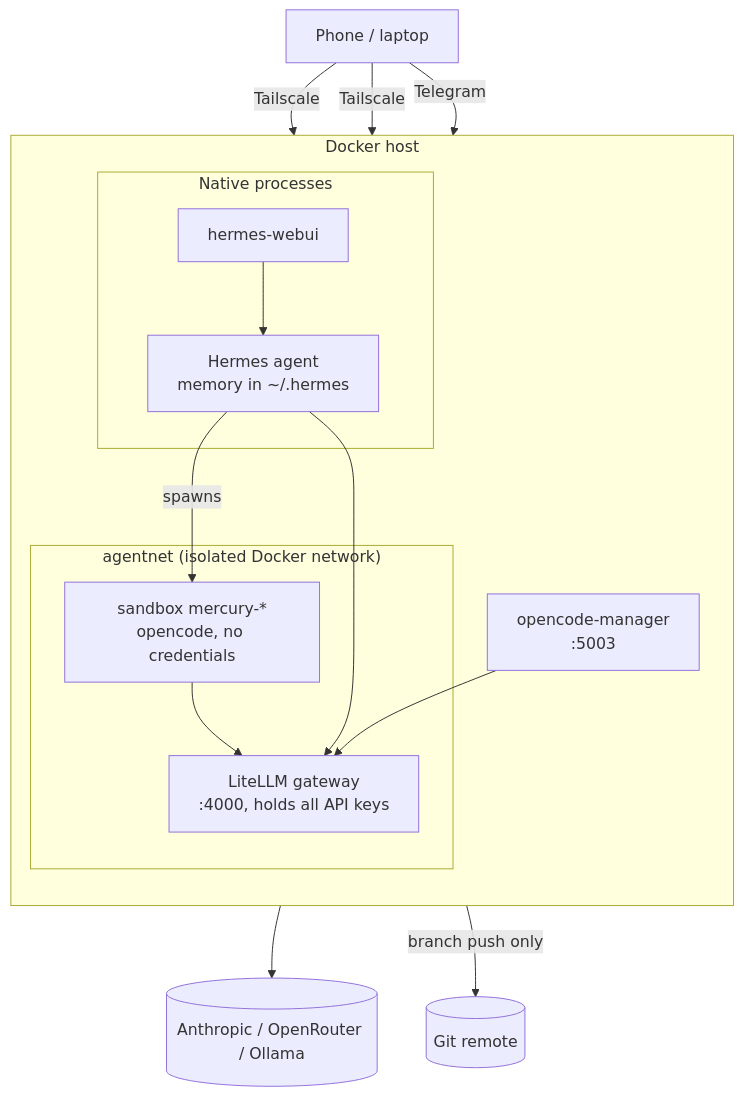
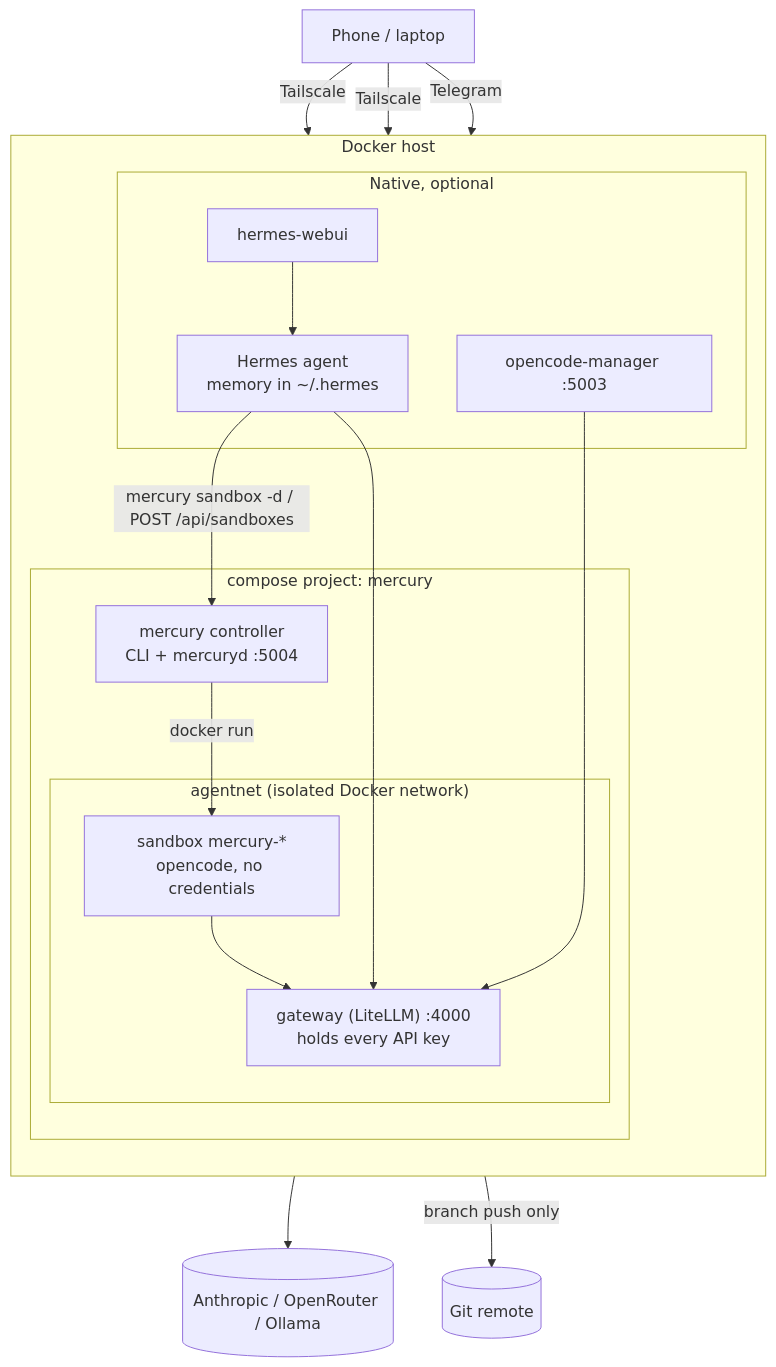
One commit to benkelly/MercurySandbox changed the first of 2 diagrams in README.md. Above: the diagram before and after it, drawn with Mermaid. The commit also changed other lines of this file and 87 other files, not shown here.

First line of the commit message:
feat: containerise the stack, add the Kubernetes backend, least-privilege credentials, release-please and a docs site (#1)

````diff
--- a/README.md
+++ b/README.md
@@ -13,31 +17,35 @@
 ```mermaid
 flowchart TB
     phone["Phone / laptop"]
 
     subgraph host["Docker host"]
         direction TB
-        subgraph native["Native processes"]
+        subgraph native["Native, optional"]
             hermes["Hermes agent<br/>memory in ~/.hermes"]
             webui["hermes-webui"]
+            ocm["opencode-manager :5003"]
         end
-        ocm["opencode-manager<br/>:5003"]
-        subgraph agentnet["agentnet (isolated Docker network)"]
-            gw["LiteLLM gateway<br/>:4000, holds all API keys"]
-            sb["sandbox mercury-*<br/>opencode, no credentials"]
+        subgraph stack["compose project: mercury"]
+            mercury["mercury controller<br/>CLI + mercuryd :5004"]
+            subgraph agentnet["agentnet (isolated Docker network)"]
+                gw["gateway (LiteLLM) :4000<br/>holds every API key"]
+                sb["sandbox mercury-*<br/>opencode, no credentials"]
+            end
         end
     end
 
     git[("Git remote")]
     models[("Anthropic / OpenRouter / Ollama")]
 
     phone -- "Tailscale" --> webui
-    phone -- "Tailscale" --> ocm
+    phone -- "Tailscale" --> mercury
     phone -- "Telegram" --> hermes
     webui --> hermes
-    hermes -- "spawns" --> sb
+    hermes -- "mercury sandbox -d / POST /api/sandboxes" --> mercury
+    mercury -- "docker run" --> sb
     hermes --> gw
     ocm --> gw
     sb --> gw
     gw --> models
     sb -- "branch push only" --> git
 ```
````
